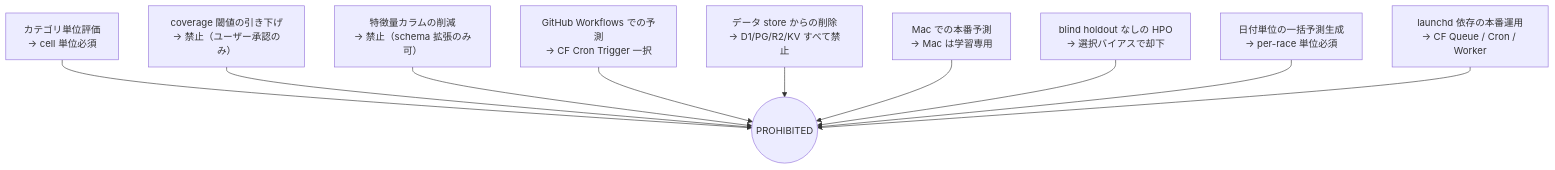
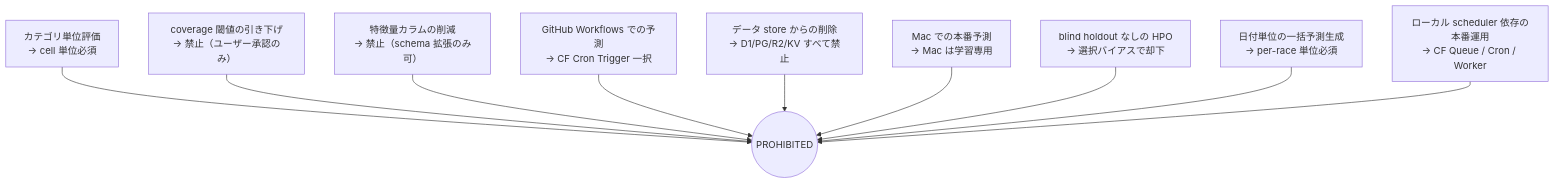
One commit to kkkaoru/horse-racing-data changed the tenth of 10 diagrams in docs/finish-position-prediction-system.md. Above: the diagram before and after it, drawn with Mermaid. The commit also changed other lines of this file and 16 other files, not shown here.

````diff
--- a/docs/finish-position-prediction-system.md
+++ b/docs/finish-position-prediction-system.md
@@ -859,23 +861,23 @@
 ```mermaid
 flowchart TB
     A["カテゴリ単位評価<br/>→ cell 単位必須"]
     B["coverage 閾値の引き下げ<br/>→ 禁止（ユーザー承認のみ）"]
     C["特徴量カラムの削減<br/>→ 禁止（schema 拡張のみ可）"]
     D["GitHub Workflows での予測<br/>→ CF Cron Trigger 一択"]
     E["データ store からの削除<br/>→ D1/PG/R2/KV すべて禁止"]
     F["Mac での本番予測<br/>→ Mac は学習専用"]
     G["blind holdout なしの HPO<br/>→ 選択バイアスで却下"]
     H["日付単位の一括予測生成<br/>→ per-race 単位必須"]
-    I["launchd 依存の本番運用<br/>→ CF Queue / Cron / Worker"]
+    I["ローカル scheduler 依存の本番運用<br/>→ CF Queue / Cron / Worker"]
 
     PROHIBITED(("PROHIBITED"))
     A --> PROHIBITED
     B --> PROHIBITED
     C --> PROHIBITED
     D --> PROHIBITED
     E --> PROHIBITED
     F --> PROHIBITED
     G --> PROHIBITED
     H --> PROHIBITED
     I --> PROHIBITED
 ```
````
